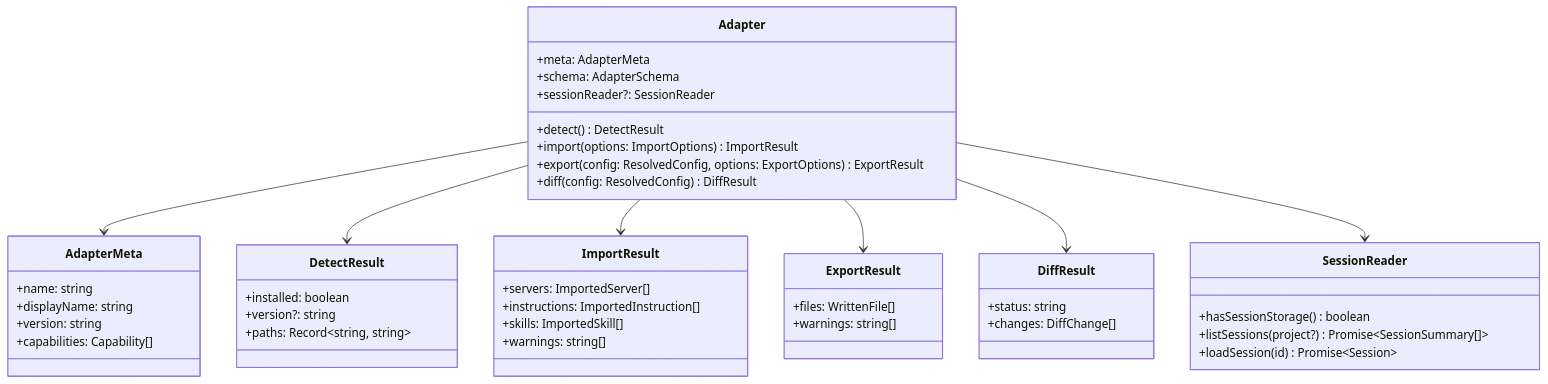
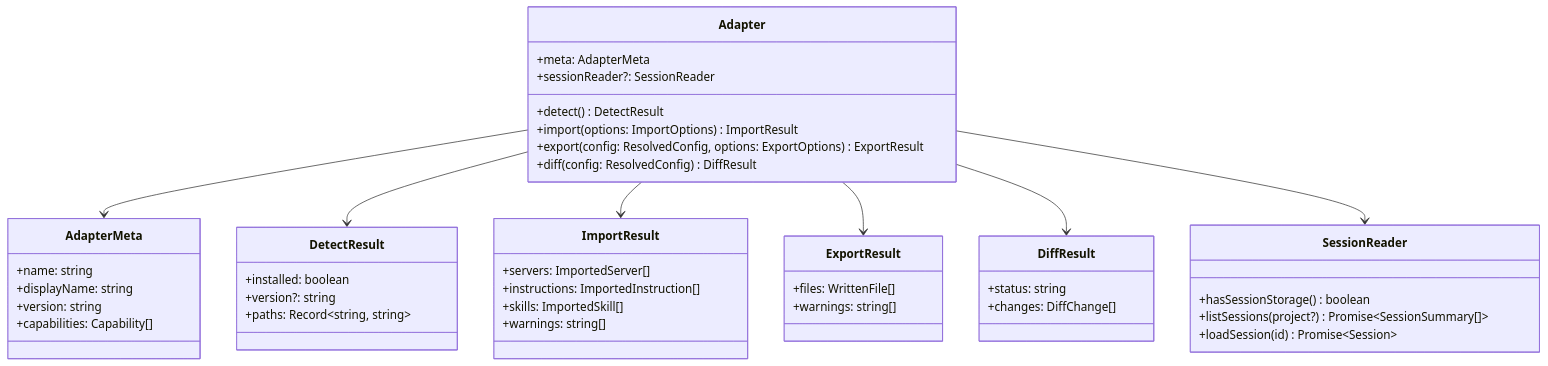
Before and after one commit to Codeseys-Labs/agent-manager: the fifth of 20 diagrams in docs/system-architecture.md, drawn with Mermaid. The commit also changed other lines of this file and 8 other files, not shown here.

````diff
--- a/docs/system-architecture.md
+++ b/docs/system-architecture.md
@@ -212,55 +212,54 @@
 ```mermaid
 classDiagram
     class Adapter {
         +meta: AdapterMeta
         +detect() DetectResult
         +import(options: ImportOptions) ImportResult
         +export(config: ResolvedConfig, options: ExportOptions) ExportResult
         +diff(config: ResolvedConfig) DiffResult
-        +schema: AdapterSchema
         +sessionReader?: SessionReader
     }
 
     class AdapterMeta {
         +name: string
         +displayName: string
         +version: string
         +capabilities: Capability[]
     }
 
     class DetectResult {
         +installed: boolean
         +version?: string
         +paths: Record~string, string~
     }
 
     class ImportResult {
         +servers: ImportedServer[]
         +instructions: ImportedInstruction[]
         +skills: ImportedSkill[]
         +warnings: string[]
     }
 
     class ExportResult {
         +files: WrittenFile[]
         +warnings: string[]
     }
 
     class DiffResult {
         +status: string
         +changes: DiffChange[]
     }
 
     class SessionReader {
         +hasSessionStorage() boolean
         +listSessions(project?) Promise~SessionSummary[]~
         +loadSession(id) Promise~Session~
     }
 
     Adapter --> AdapterMeta
     Adapter --> DetectResult
     Adapter --> ImportResult
     Adapter --> ExportResult
     Adapter --> DiffResult
     Adapter --> SessionReader
 ```
````
